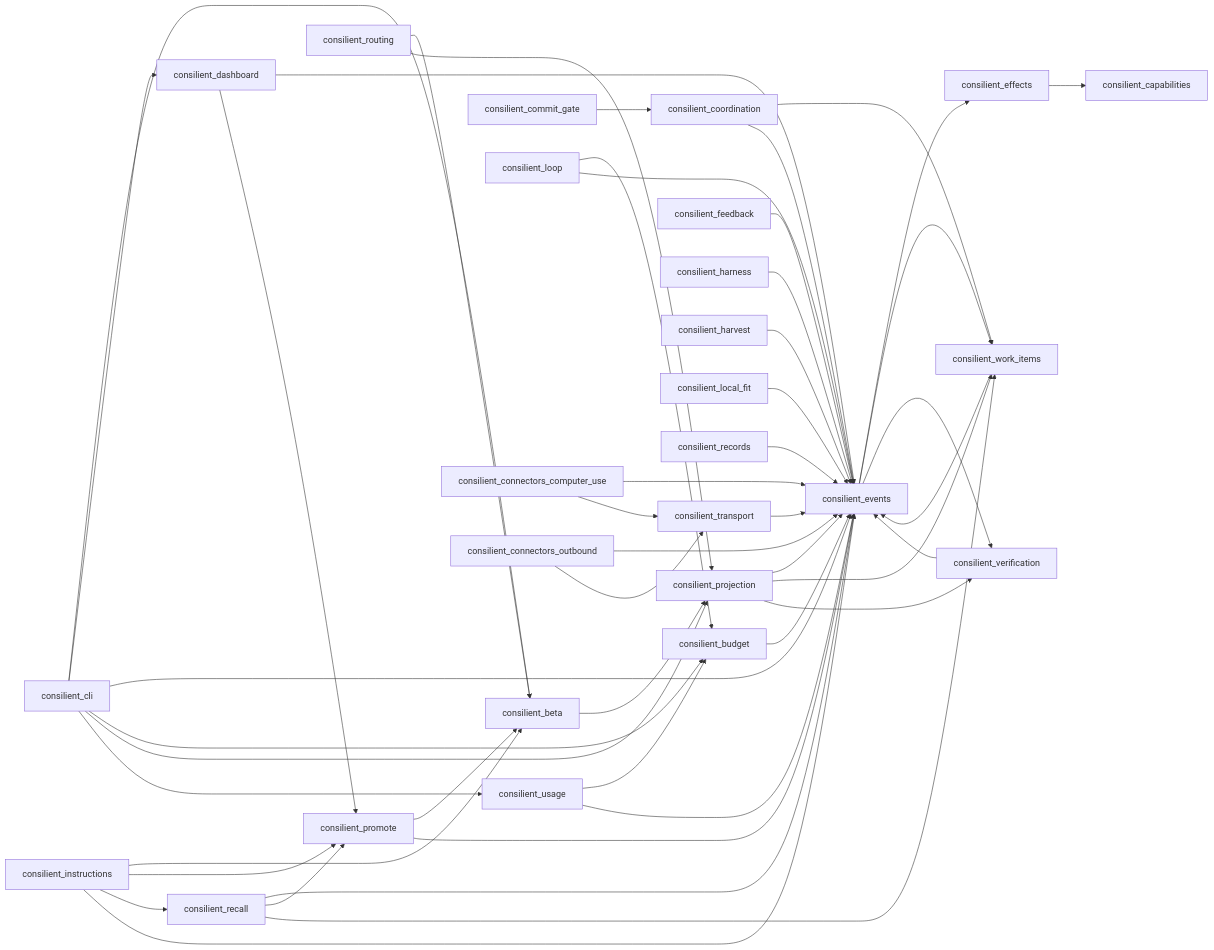
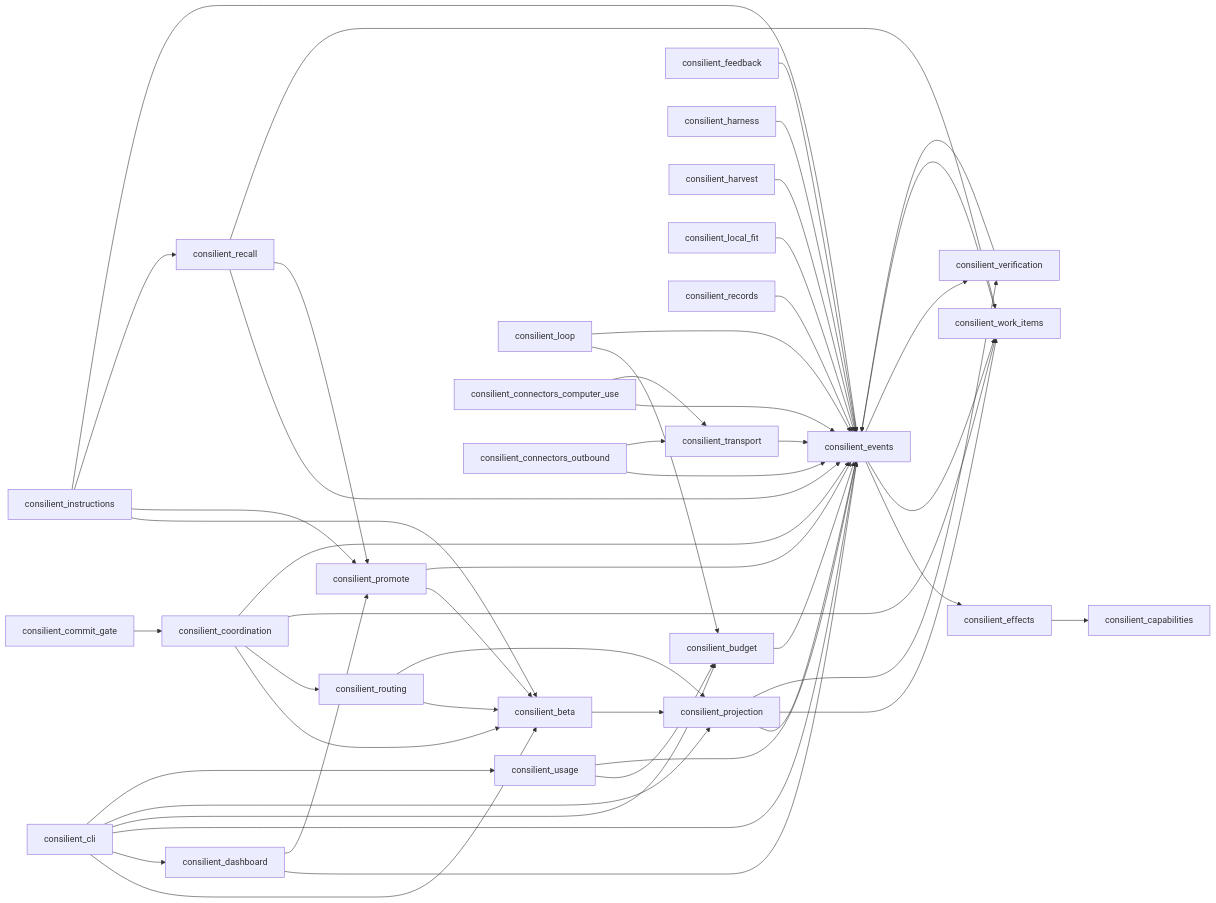
The diagram in docs/diagrams/module-dependency.mmd (joe-hireable/consilient), drawn with Mermaid before and after one commit. The commit also changed 13 other files, not shown here.

```diff
--- a/docs/diagrams/module-dependency.mmd
+++ b/docs/diagrams/module-dependency.mmd
@@ -1,54 +1,56 @@
 %% **Producer:** `scripts/build_diagrams.py`
 %% **Source:** `src/**/*.py`
-%% **Source SHA-256:** `a6e599b59965ed634578ba9c72316fd0cb5592a0c83ee1f4fe22ce77b90c7f5f`
+%% **Source SHA-256:** `25509ce33d9b122b4ca419dbcf3ad324e18b950b3dc98feb27dfde846a9640cd`
 %% **Do not hand-edit:** regenerate with `python scripts/build_diagrams.py`.
 
 flowchart LR
   consilient_beta --> consilient_projection
   consilient_budget --> consilient_events
   consilient_cli --> consilient_beta
   consilient_cli --> consilient_dashboard
   consilient_cli --> consilient_events
   consilient_cli --> consilient_budget
   consilient_cli --> consilient_projection
   consilient_cli --> consilient_usage
   consilient_commit_gate --> consilient_coordination
+  consilient_coordination --> consilient_beta
+  consilient_coordination --> consilient_routing
   consilient_coordination --> consilient_work_items
   consilient_coordination --> consilient_events
   consilient_dashboard --> consilient_events
   consilient_dashboard --> consilient_promote
   consilient_effects --> consilient_capabilities
   consilient_events --> consilient_effects
   consilient_events --> consilient_work_items
   consilient_events --> consilient_verification
   consilient_feedback --> consilient_events
   consilient_harness --> consilient_events
   consilient_harvest --> consilient_events
   consilient_instructions --> consilient_beta
   consilient_instructions --> consilient_promote
   consilient_instructions --> consilient_recall
   consilient_instructions --> consilient_events
   consilient_local_fit --> consilient_events
   consilient_loop --> consilient_budget
   consilient_loop --> consilient_events
   consilient_projection --> consilient_events
   consilient_projection --> consilient_work_items
   consilient_projection --> consilient_verification
   consilient_promote --> consilient_beta
   consilient_promote --> consilient_events
   consilient_recall --> consilient_events
   consilient_recall --> consilient_promote
   consilient_recall --> consilient_work_items
   consilient_records --> consilient_events
   consilient_routing --> consilient_beta
   consilient_routing --> consilient_projection
   consilient_transport --> consilient_events
   consilient_usage --> consilient_budget
   consilient_usage --> consilient_events
   consilient_verification --> consilient_events
   consilient_work_items --> consilient_events
   consilient_connectors_computer_use --> consilient_events
   consilient_connectors_computer_use --> consilient_transport
   consilient_connectors_outbound --> consilient_events
   consilient_connectors_outbound --> consilient_transport
-  %% in-degree: consilient_events=20, consilient_beta=4, consilient_work_items=4, consilient_budget=3, consilient_projection=3, consilient_promote=3, consilient_transport=2, consilient_verification=2
+  %% in-degree: consilient_events=20, consilient_beta=5, consilient_work_items=4, consilient_budget=3, consilient_projection=3, consilient_promote=3, consilient_transport=2, consilient_verification=2
```
